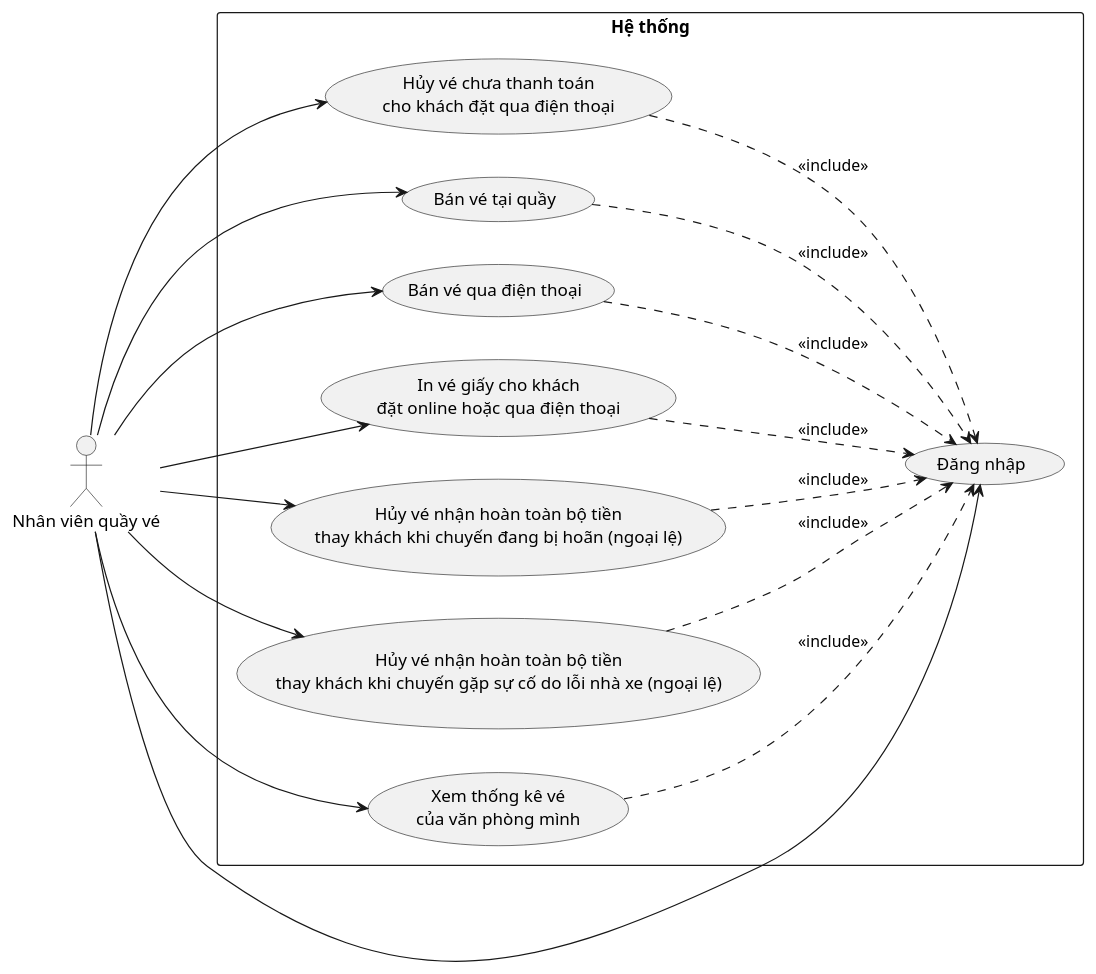
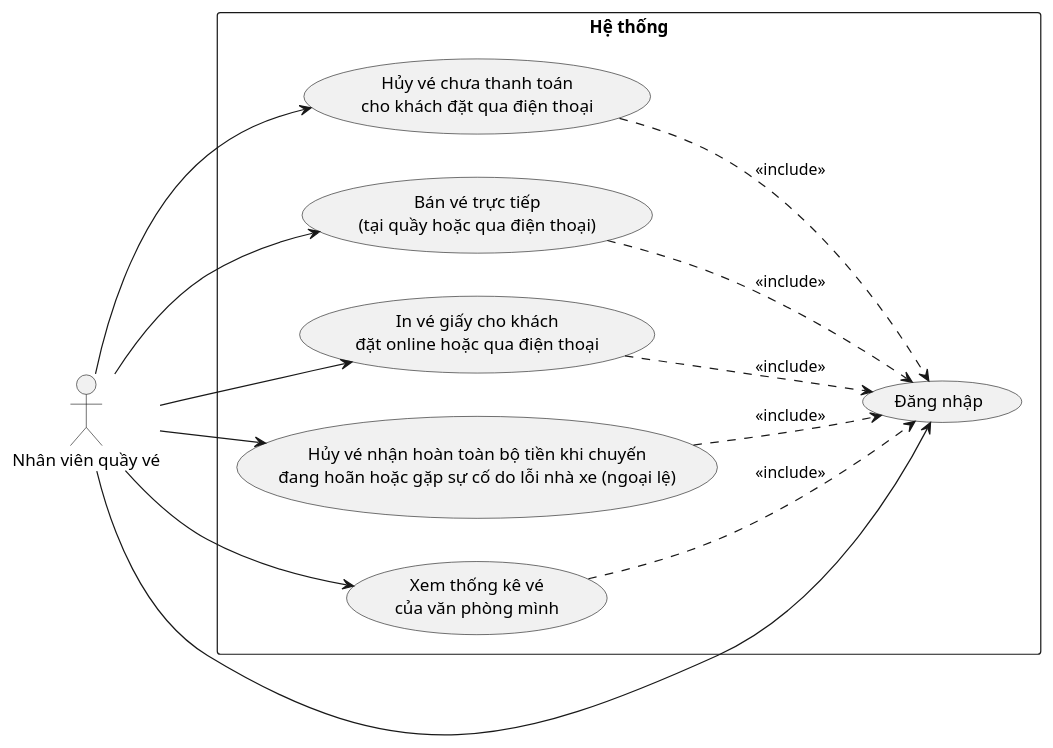
The third of 53 diagrams in UML_DIAGRAMS.md (nguyenvietanhit19/Project1_HeThongQuanLyNhaXeKhachLienTinh), drawn with PlantUML before and after one commit. The commit also changed other lines of this file and 316 other files, not shown here.

````diff
--- a/UML_DIAGRAMS.md
+++ b/UML_DIAGRAMS.md
@@ -102,34 +100,28 @@
 ```plantuml
 @startuml UseCase_NhanVienQuayVe
 left to right direction
 actor "Nhân viên quầy vé" as NVQV
 
 rectangle "Hệ thống" {
   usecase "Đăng nhập" as UC02
   usecase "Hủy vé chưa thanh toán\ncho khách đặt qua điện thoại" as UC08
-  usecase "Bán vé tại quầy" as UC09
-  usecase "Bán vé qua điện thoại" as UC10
+  usecase "Bán vé trực tiếp\n(tại quầy hoặc qua điện thoại)" as UC09
   usecase "In vé giấy cho khách\nđặt online hoặc qua điện thoại" as UC11
-  usecase "Hủy vé nhận hoàn toàn bộ tiền\nthay khách khi chuyến đang bị hoãn (ngoại lệ)" as UC41
-  usecase "Hủy vé nhận hoàn toàn bộ tiền\nthay khách khi chuyến gặp sự cố do lỗi nhà xe (ngoại lệ)" as UC42
+  usecase "Hủy vé nhận hoàn toàn bộ tiền khi chuyến\nđang hoãn hoặc gặp sự cố do lỗi nhà xe (ngoại lệ)" as UC41
   usecase "Xem thống kê vé\ncủa văn phòng mình" as UC39
 }
 
 NVQV --> UC02
 NVQV --> UC08
 NVQV --> UC09
-NVQV --> UC10
 NVQV --> UC11
 NVQV --> UC41
-NVQV --> UC42
 NVQV --> UC39
 
 UC08 ..> UC02 : <<include>>
 UC09 ..> UC02 : <<include>>
-UC10 ..> UC02 : <<include>>
 UC41 ..> UC02 : <<include>>
-UC42 ..> UC02 : <<include>>
 UC11 ..> UC02 : <<include>>
 UC39 ..> UC02 : <<include>>
 @enduml
 ```
````
